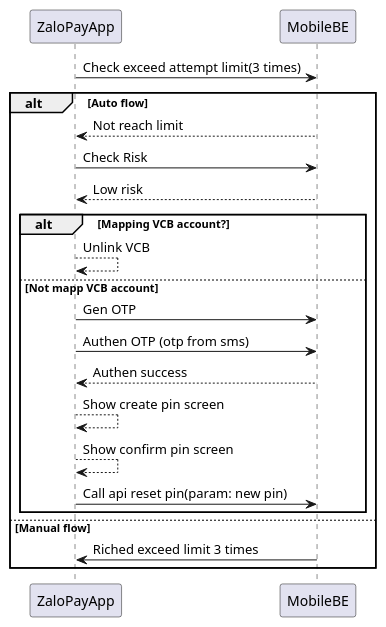
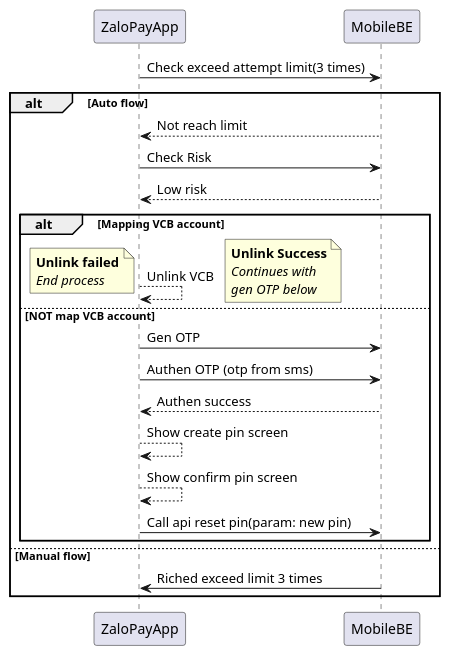
Before and after one commit to nhatlee/MyDiagram: the diagram in AutoResetPin.puml, drawn with PlantUML.

Commit message:
Added not for unlink

```diff
--- a/AutoResetPin.puml
+++ b/AutoResetPin.puml
@@ -1,29 +1,38 @@
 @startuml
 ZaloPayApp -> MobileBE: Check exceed attempt limit(3 times)
 ' - Auto Flow
 alt Auto flow
 MobileBE --> ZaloPayApp: Not reach limit
 ZaloPayApp -> MobileBE: Check Risk
 MobileBE --> ZaloPayApp: Low risk
 ' - Link VCB
-alt Mapping VCB account?
+alt Mapping VCB account
 
 ZaloPayApp --> ZaloPayApp: Unlink VCB
+note left
+**Unlink failed**
+//End process//
+end note
 
+note right
+**Unlink Success**
+//Continues with// 
+//gen OTP below//
+end note
 
-else Not mapp VCB account
+else NOT map VCB account
 ZaloPayApp -> MobileBE: Gen OTP
 ZaloPayApp -> MobileBE: Authen OTP (otp from sms)
 MobileBE --> ZaloPayApp: Authen success
 
 ZaloPayApp --> ZaloPayApp: Show create pin screen
 
 ZaloPayApp --> ZaloPayApp: Show confirm pin screen
 
 ZaloPayApp -> MobileBE: Call api reset pin(param: new pin)
 
 end
 else Manual flow
 MobileBE -> ZaloPayApp: Riched exceed limit 3 times
 end
 @enduml
```
